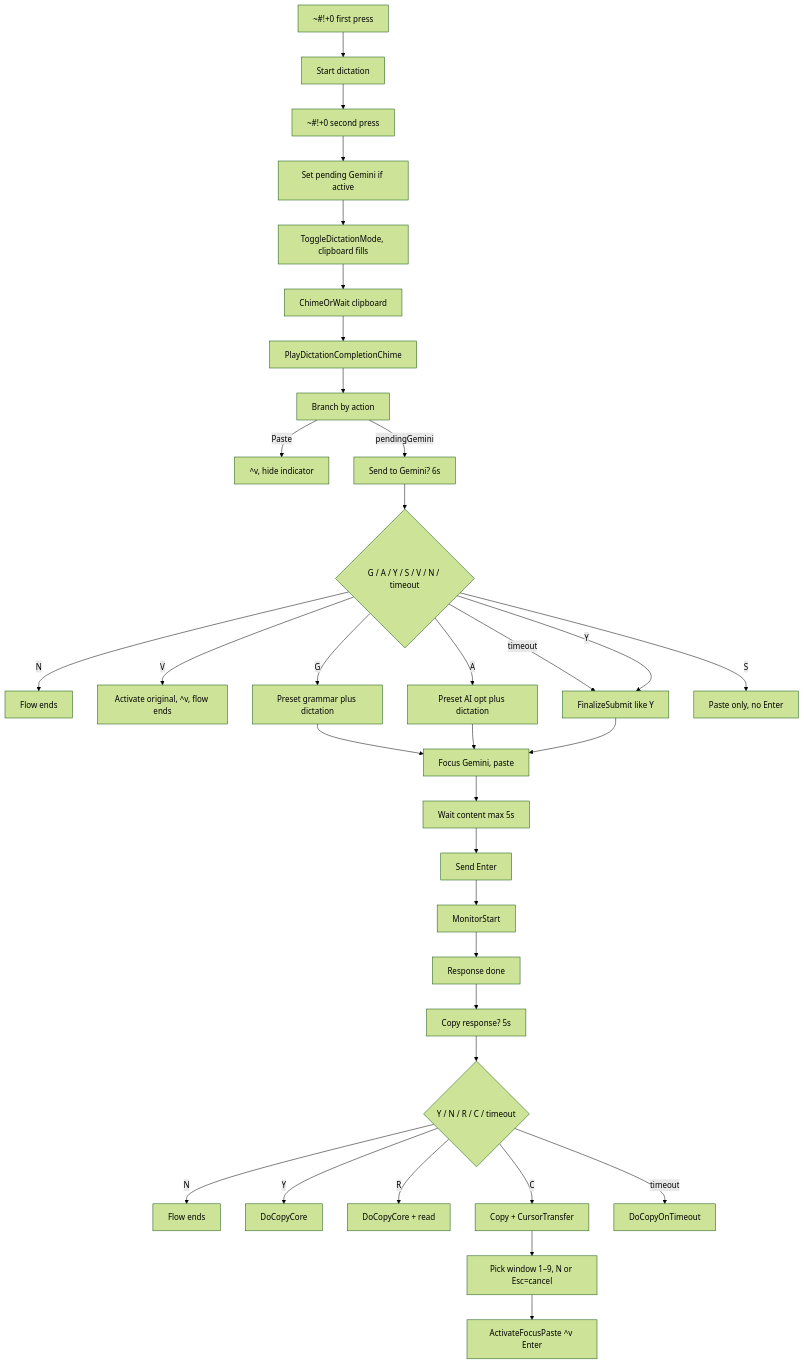
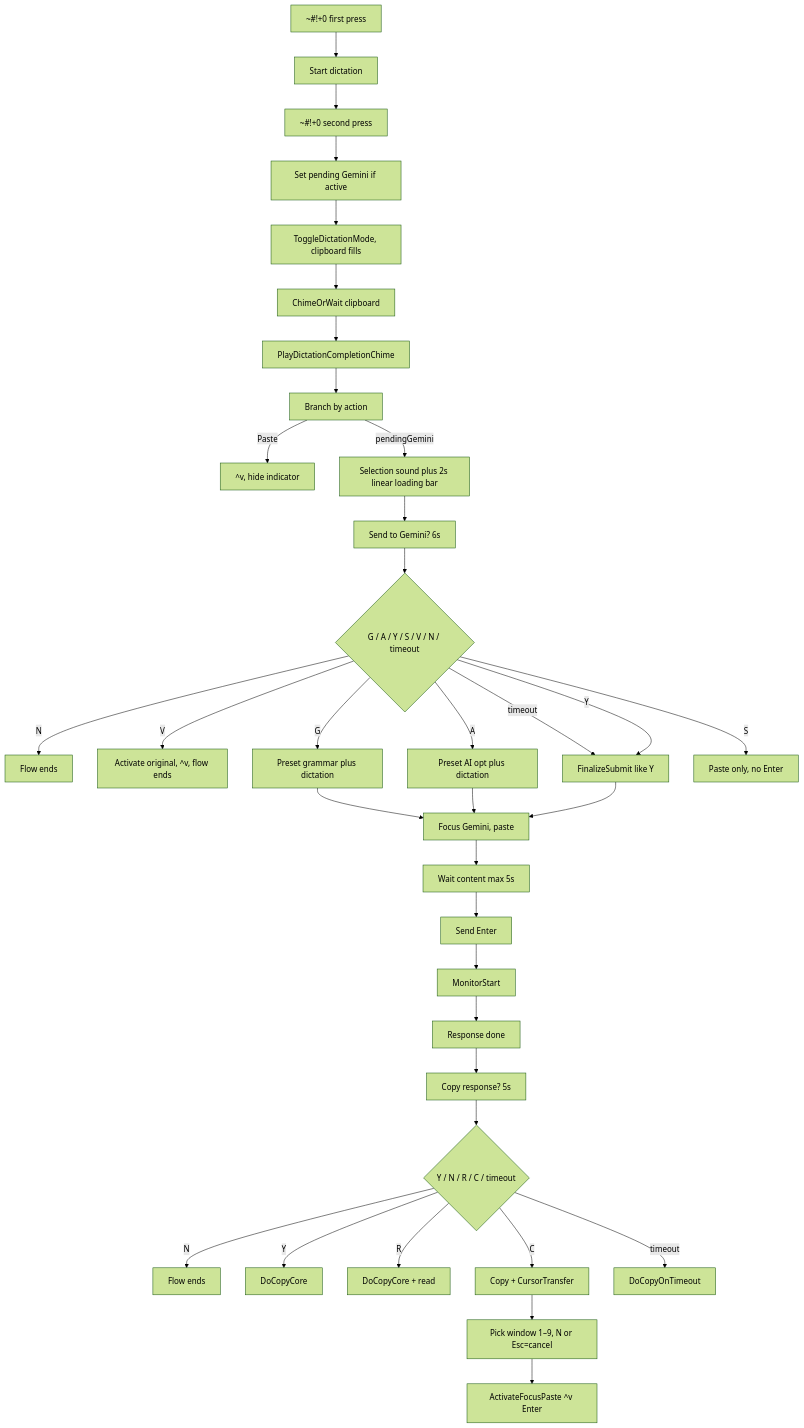
One commit to duducm2/scripts changed the first of 2 diagrams in docs/dictation-to-gemini-cursor-flow.md. Above: the diagram before and after it, drawn with Mermaid (forest theme). The commit also changed other lines of this file and 2 other files, not shown here.

Commit message:
Add loading bar and sound cue for dictation completion in Utils.ahk. Implement a 2-second linear loading bar before the "Send to Gemini?" prompt and play a sound upon dictation completion. Update documentation to reflect these changes in the dictation-to-Gemini flow.

````diff
--- a/docs/dictation-to-gemini-cursor-flow.md
+++ b/docs/dictation-to-gemini-cursor-flow.md
@@ -19,38 +20,39 @@
 ```mermaid
 flowchart TB
     H0["~#!+0 first press"]
     H0 --> StartDict["Start dictation"]
     StartDict --> H0Stop["~#!+0 second press"]
     H0Stop --> SetPending["Set pending Gemini if active"]
     SetPending --> ToggleMode["ToggleDictationMode, clipboard fills"]
     ToggleMode --> WaitClip["ChimeOrWait clipboard"]
     WaitClip --> PlayChime["PlayDictationCompletionChime"]
     PlayChime --> Branch["Branch by action"]
     Branch --> |"Paste"| PasteOnly["^v, hide indicator"]
-    Branch --> |"pendingGemini"| ShowAndWait["Send to Gemini? 6s"]
+    Branch --> |"pendingGemini"| PreMenu["Selection sound plus 2s linear loading bar"]
+    PreMenu --> ShowAndWait["Send to Gemini? 6s"]
     ShowAndWait --> User6s{"G / A / Y / S / V / N / timeout"}
     User6s --> |"N"| Stop6s["Flow ends"]
     User6s --> |"V"| PasteOrig["Activate original, ^v, flow ends"]
     User6s --> |"timeout"| Finalize["FinalizeSubmit like Y"]
     User6s --> |"Y"| Finalize
     User6s --> |"G"| FinalizePreset["Preset grammar plus dictation"]
     User6s --> |"A"| FinalizeAiopt["Preset AI opt plus dictation"]
     FinalizePreset --> PasteGemini
     FinalizeAiopt --> PasteGemini
     User6s --> |"S"| PasteOnly6s["Paste only, no Enter"]
     Finalize --> PasteGemini["Focus Gemini, paste"]
     PasteGemini --> WaitContent["Wait content max 5s"]
     WaitContent --> SendEnter["Send Enter"]
     SendEnter --> StartMonitor["MonitorStart"]
     StartMonitor --> ResponseDone["Response done"]
     ResponseDone --> BannerCopy["Copy response? 5s"]
     BannerCopy --> UserCopy{"Y / N / R / C / timeout"}
     UserCopy --> |"N"| StopCopy["Flow ends"]
     UserCopy --> |"Y"| DoCopyOnly["DoCopyCore"]
     UserCopy --> |"R"| DoCopyRead["DoCopyCore + read"]
     UserCopy --> |"C"| DoTransfer["Copy + CursorTransfer"]
     UserCopy --> |"timeout"| DoCopyTimeout["DoCopyOnTimeout"]
 
     DoTransfer --> SelectWin["Pick window 1–9, N or Esc=cancel"]
     SelectWin --> ActivatePaste["ActivateFocusPaste ^v Enter"]
 ```
````
